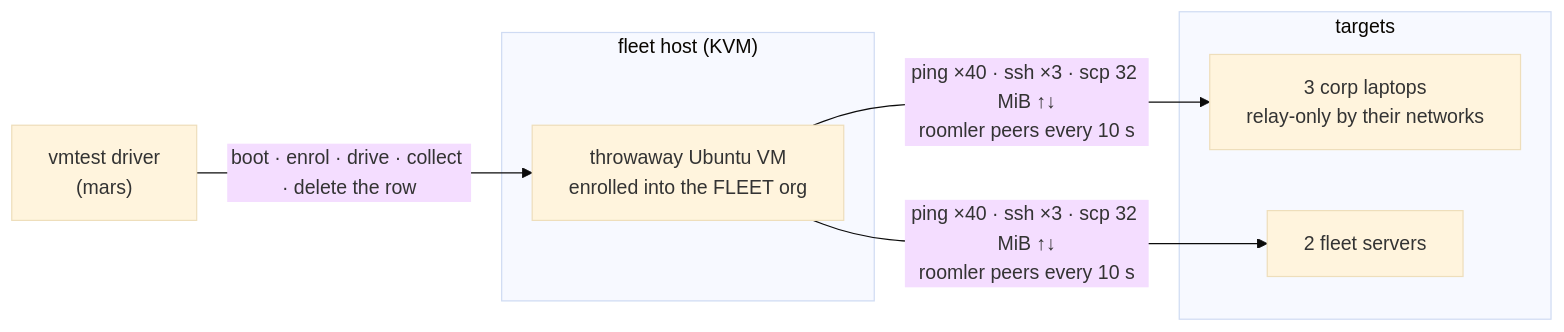
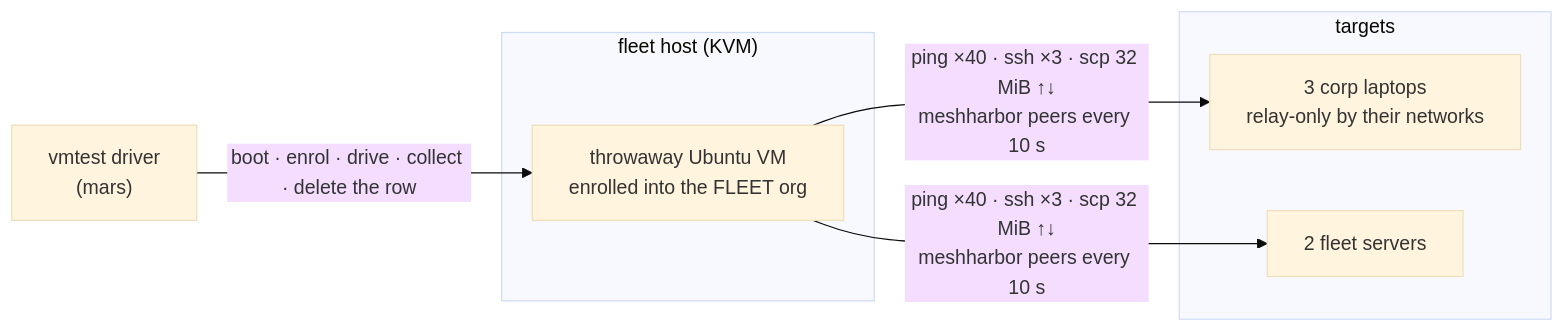
Before and after one commit to jk-zhang-meta/MeshHarbor: the eighth of 8 diagrams in docs/testing.md, drawn with Mermaid (base theme). The commit also changed other lines of this file and 682 other files, not shown here.

````diff
--- a/docs/testing.md
+++ b/docs/testing.md
@@ -455,13 +455,13 @@
 ```mermaid
 flowchart LR
     D["vmtest driver<br/>(mars)"]
     subgraph H["fleet host (KVM)"]
         VM["throwaway Ubuntu VM<br/>enrolled into the FLEET org"]
     end
     subgraph T["targets"]
         L["3 corp laptops<br/>relay-only by their networks"]
         S["2 fleet servers"]
     end
     D -- "boot · enrol · drive · collect · delete the row" --> VM
-    VM -- "ping ×40 · ssh ×3 · scp 32 MiB ↑↓<br/>roomler peers every 10 s" --> L & S
+    VM -- "ping ×40 · ssh ×3 · scp 32 MiB ↑↓<br/>meshharbor peers every 10 s" --> L & S
 ```
````
